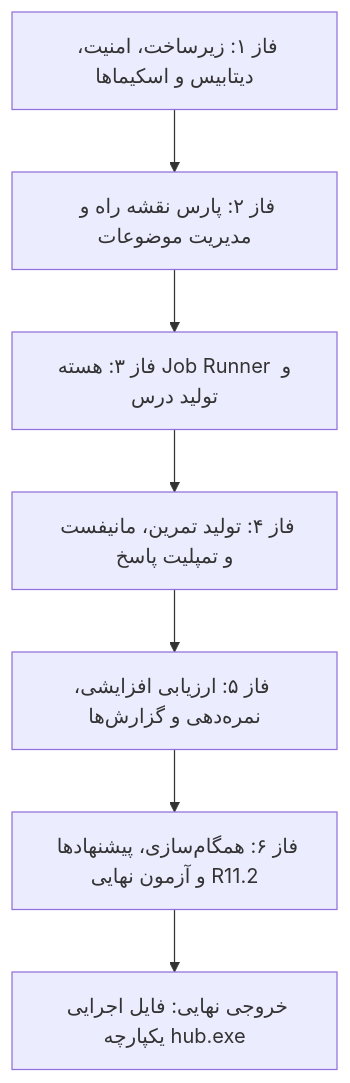
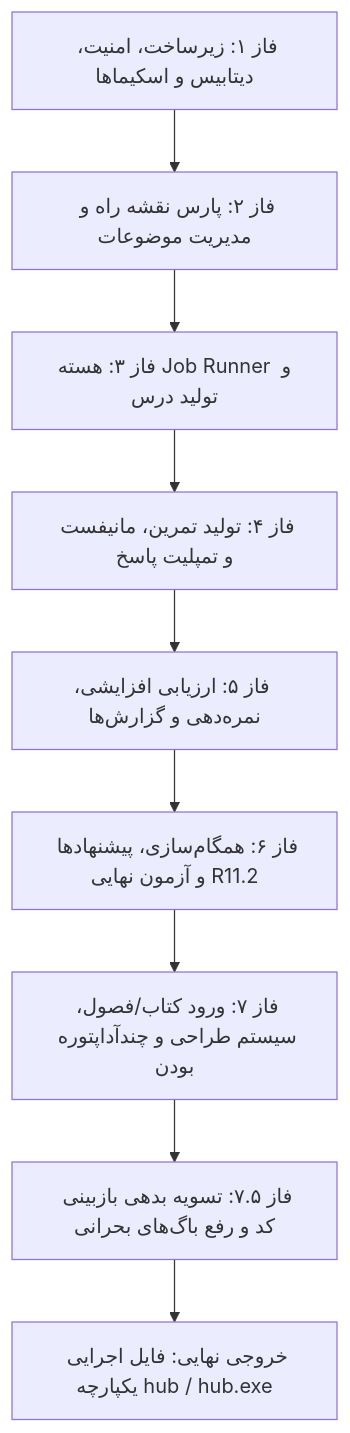
The diagram in docs/archive/implementation-strategy-report.md (ebrahimipour-office/learnai), drawn with Mermaid before and after one commit. The commit also changed other lines of this file and 8 other files, not shown here.

````diff
--- a/docs/archive/implementation-strategy-report.md
+++ b/docs/archive/implementation-strategy-report.md
@@ -31,9 +36,11 @@
 ```mermaid
 graph TD
     A[فاز ۱: زیرساخت، امنیت، دیتابیس و اسکیماها] --> B[فاز ۲: پارس نقشه راه و مدیریت موضوعات]
     B --> C[فاز ۳: هسته Job Runner و تولید درس]
     C --> D[فاز ۴: تولید تمرین، مانیفست و تمپلیت پاسخ]
     D --> E[فاز ۵: ارزیابی افزایشی، نمره‌دهی و گزارش‌ها]
     E --> F[فاز ۶: همگام‌سازی، پیشنهادها و آزمون نهایی R11.2]
-    F --> G[خروجی نهایی: فایل اجرایی یکپارچه hub.exe]
+    F --> G[فاز ۷: ورود کتاب/فصول، سیستم طراحی و چندآداپتوره بودن]
+    G --> H[فاز ۷.۵: تسویه بدهی بازبینی کد و رفع باگ‌های بحرانی]
+    H --> I[خروجی نهایی: فایل اجرایی یکپارچه hub / hub.exe]
 ```
````
